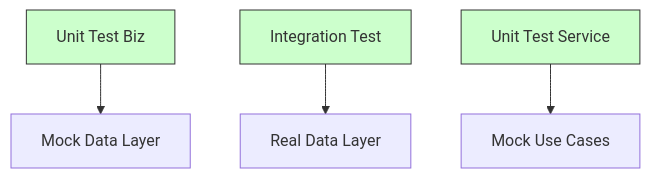
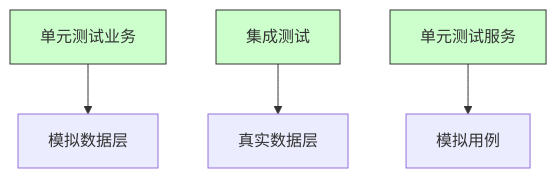
Before and after one commit to 26huitailang/kratos-boilerplate: the eighth of 8 diagrams in .qoder/repowiki/zh/content/Development Guide/Adding New Features.md, drawn with Mermaid. The commit also changed other lines of this file and 62 other files, not shown here.

````diff
--- a/.qoder/repowiki/zh/content/Development Guide/Adding New Features.md
+++ b/.qoder/repowiki/zh/content/Development Guide/Adding New Features.md
@@ -351,9 +361,9 @@
 ```mermaid
 graph TD
-A[Unit Test Biz] --> B[Mock Data Layer]
-C[Integration Test] --> D[Real Data Layer]
-E[Unit Test Service] --> F[Mock Use Cases]
+A[单元测试业务] --> B[模拟数据层]
+C[集成测试] --> D[真实数据层]
+E[单元测试服务] --> F[模拟用例]
 style A fill:#cfc,stroke:#333
 style C fill:#cfc,stroke:#333
 style E fill:#cfc,stroke:#333
 ```
````
